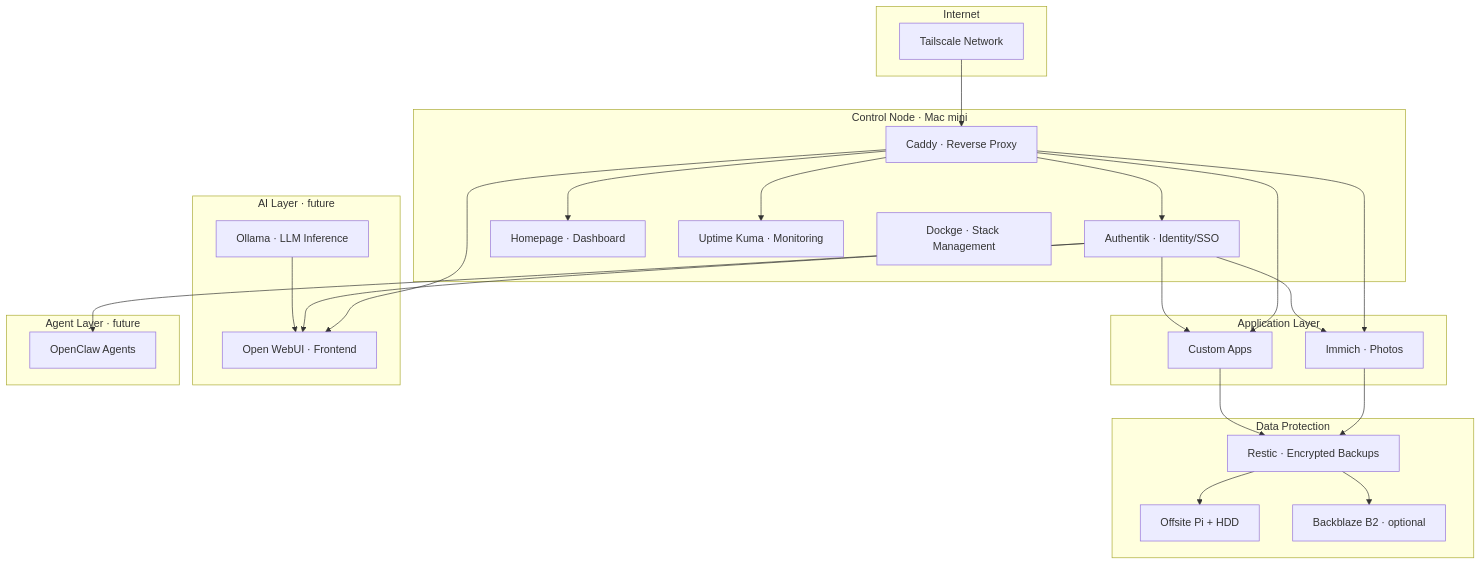
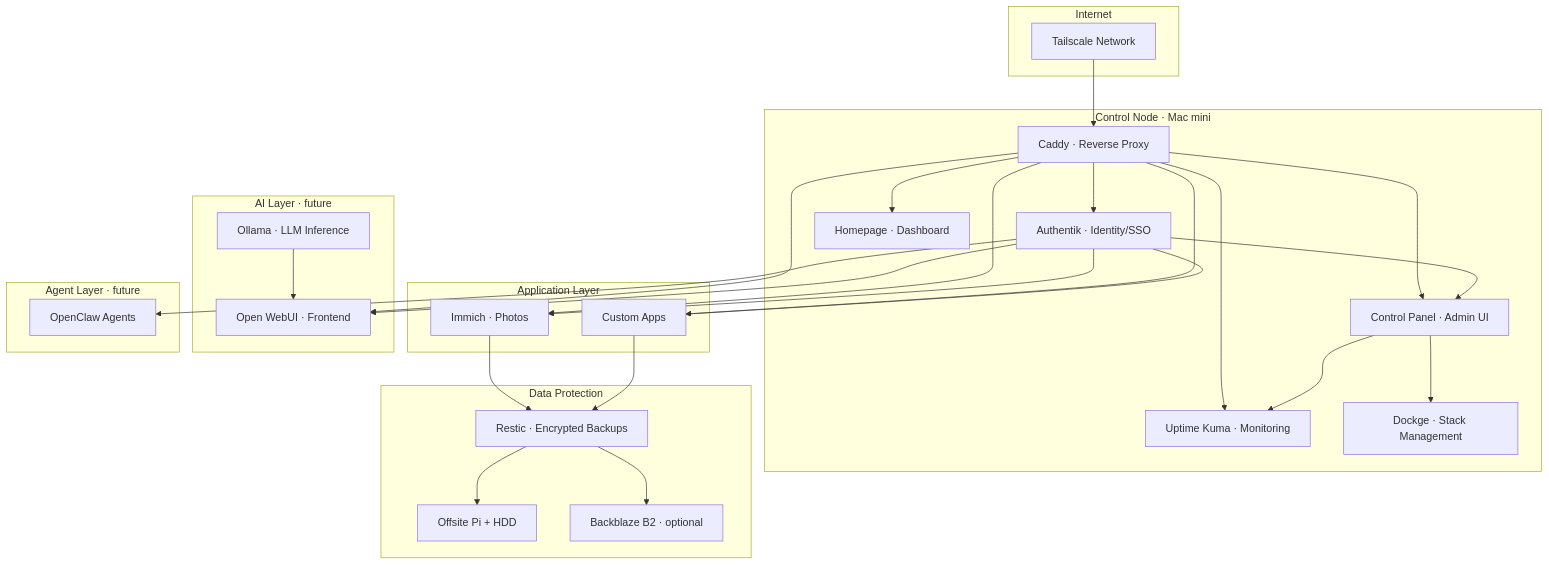
Before and after one commit to briancunningham6/homelab: the diagram in DESIGN.md, drawn with Mermaid. The commit also changed other lines of this file and 1 other file, not shown here.

Commit message:
Add homelab control panel design outline

````diff
--- a/DESIGN.md
+++ b/DESIGN.md
@@ -40,51 +40,56 @@
 ```mermaid
 graph TB
     subgraph Internet
         TS[Tailscale Network]
     end
 
     subgraph "Control Node · Mac mini"
+        Panel[Control Panel · Admin UI]
         Caddy[Caddy · Reverse Proxy]
         Authentik[Authentik · Identity/SSO]
         Homepage[Homepage · Dashboard]
         Kuma[Uptime Kuma · Monitoring]
         Dockge[Dockge · Stack Management]
     end
 
     subgraph "Application Layer"
         Immich[Immich · Photos]
         Apps[Custom Apps]
     end
 
     subgraph "AI Layer · future"
         Ollama[Ollama · LLM Inference]
         WebUI[Open WebUI · Frontend]
     end
 
     subgraph "Data Protection"
         Restic[Restic · Encrypted Backups]
         PiDR[Offsite Pi + HDD]
         B2[Backblaze B2 · optional]
     end
 
     subgraph "Agent Layer · future"
         OC[OpenClaw Agents]
     end
 
     TS --> Caddy
     Caddy --> Authentik
     Caddy --> Homepage
     Caddy --> Kuma
     Caddy --> Immich
     Caddy --> Apps
     Caddy --> WebUI
     Authentik --> Immich
     Authentik --> Apps
     Authentik --> WebUI
     Authentik --> OC
+    Caddy --> Panel
+    Authentik --> Panel
+    Panel --> Dockge
+    Panel --> Kuma
     Immich --> Restic
     Apps --> Restic
     Restic --> PiDR
     Restic --> B2
     Ollama --> WebUI
 ```
````
